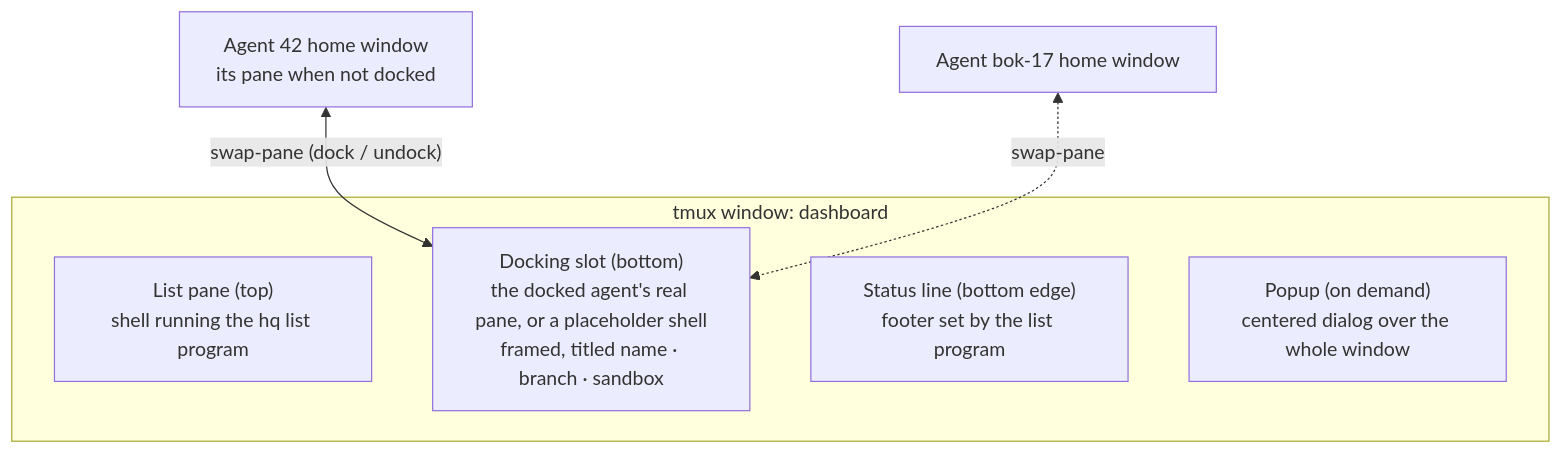
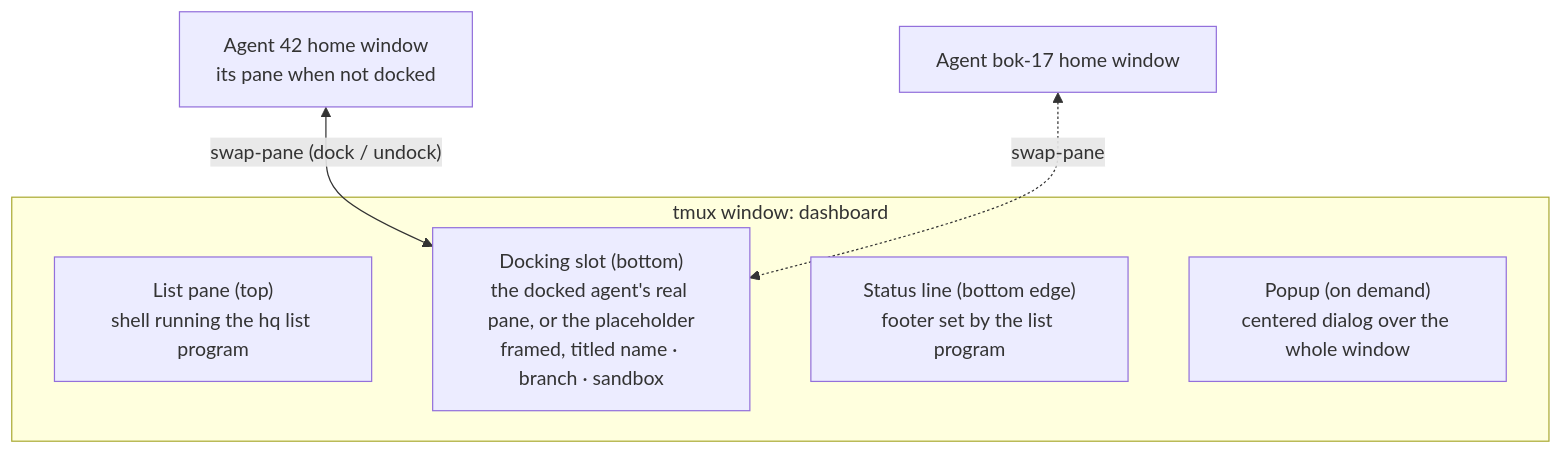
One commit to rkrysinski/hq changed the first of 4 diagrams in docs/design/hq.md. Above: the diagram before and after it, drawn with Mermaid. The commit also changed other lines of this file and 12 other files, not shown here.

First line of the commit message:
The empty docking slot is not a shell

````diff
--- a/docs/design/hq.md
+++ b/docs/design/hq.md
@@ -33,13 +33,13 @@
 ```mermaid
 flowchart TB
     subgraph W["tmux window: dashboard"]
         L["List pane (top)<br/>shell running the hq list program"]
-        S["Docking slot (bottom)<br/>the docked agent's real pane, or a placeholder shell<br/>framed, titled name · branch · sandbox"]
+        S["Docking slot (bottom)<br/>the docked agent's real pane, or the placeholder<br/>framed, titled name · branch · sandbox"]
         F["Status line (bottom edge)<br/>footer set by the list program"]
         P["Popup (on demand)<br/>centered dialog over the whole window"]
     end
     H1["Agent 42 home window<br/>its pane when not docked"]
     H2["Agent bok-17 home window"]
     H1 <-- "swap-pane (dock / undock)" --> S
     H2 <-. "swap-pane" .-> S
 ```
````
